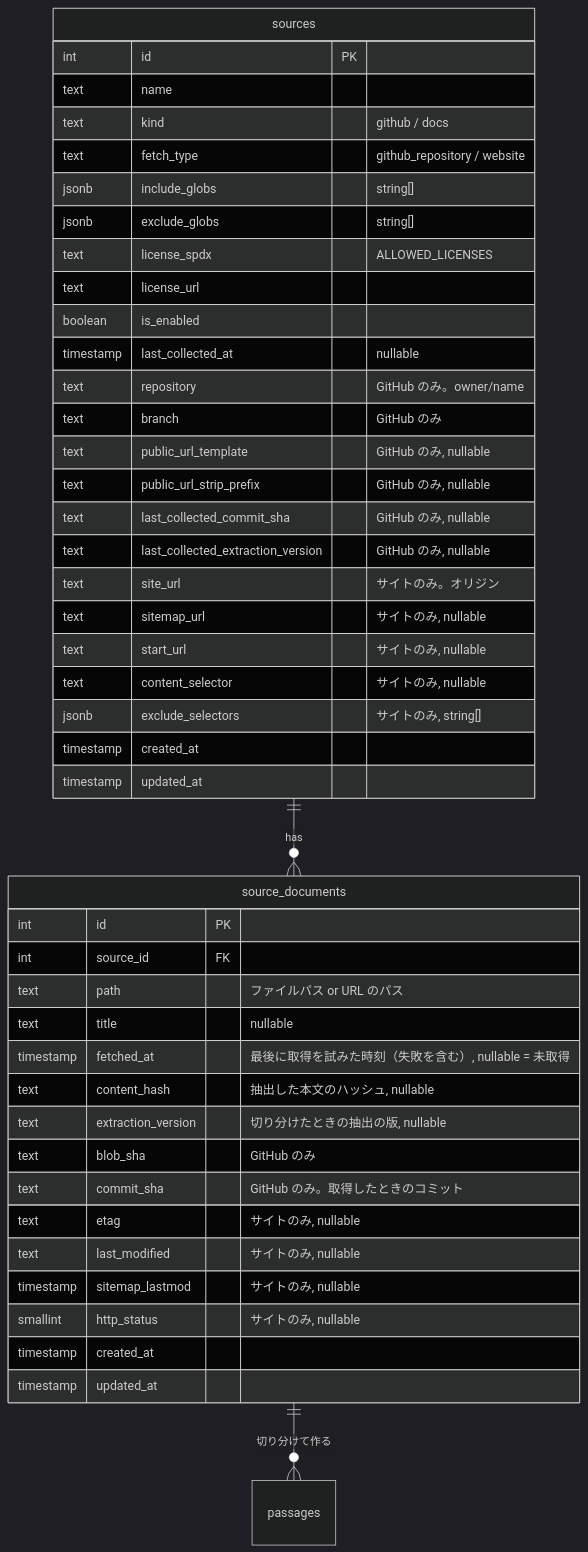
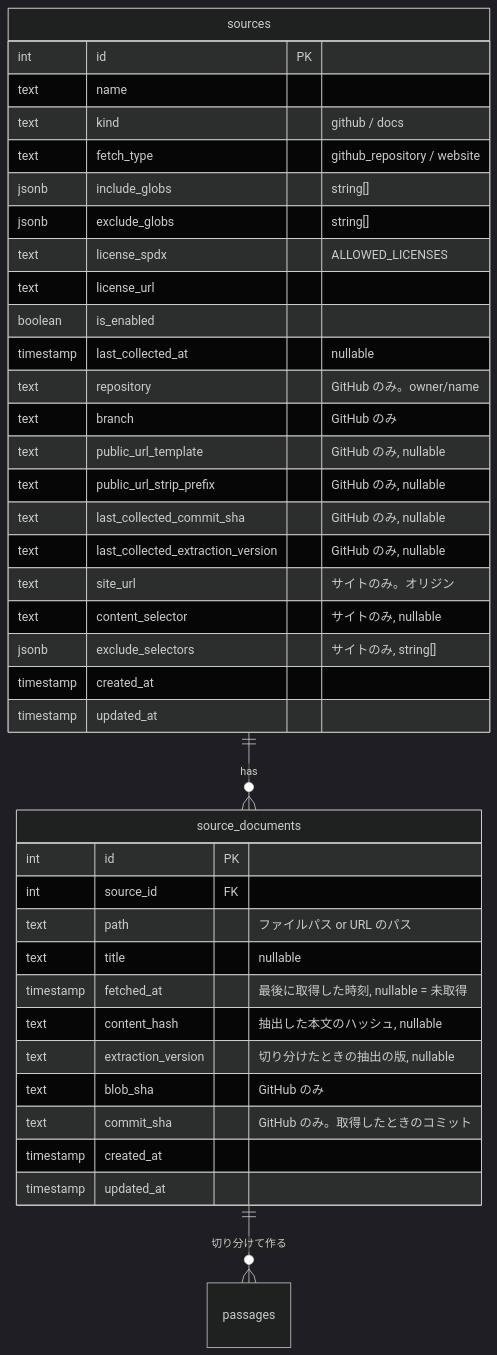
Before and after one commit to kentakki416/tech-english: the third of 4 diagrams in docs/spec/content-collection/README.md, drawn with Mermaid (dark theme). The commit also changed other lines of this file and 57 other files, not shown here.

````diff
--- a/docs/spec/content-collection/README.md
+++ b/docs/spec/content-collection/README.md
@@ -507,47 +505,41 @@
 ```mermaid
 erDiagram
     sources ||--o{ source_documents : has
     source_documents ||--o{ passages : "切り分けて作る"
     sources {
         int id PK
         text name
         text kind "github / docs"
         text fetch_type "github_repository / website"
         jsonb include_globs "string[]"
         jsonb exclude_globs "string[]"
         text license_spdx "ALLOWED_LICENSES"
         text license_url
         boolean is_enabled
         timestamp last_collected_at "nullable"
         text repository "GitHub のみ。owner/name"
         text branch "GitHub のみ"
         text public_url_template "GitHub のみ, nullable"
         text public_url_strip_prefix "GitHub のみ, nullable"
         text last_collected_commit_sha "GitHub のみ, nullable"
         text last_collected_extraction_version "GitHub のみ, nullable"
         text site_url "サイトのみ。オリジン"
-        text sitemap_url "サイトのみ, nullable"
-        text start_url "サイトのみ, nullable"
         text content_selector "サイトのみ, nullable"
         jsonb exclude_selectors "サイトのみ, string[]"
         timestamp created_at
         timestamp updated_at
     }
     source_documents {
         int id PK
         int source_id FK
         text path "ファイルパス or URL のパス"
         text title "nullable"
-        timestamp fetched_at "最後に取得を試みた時刻（失敗を含む）, nullable = 未取得"
+        timestamp fetched_at "最後に取得した時刻, nullable = 未取得"
         text content_hash "抽出した本文のハッシュ, nullable"
         text extraction_version "切り分けたときの抽出の版, nullable"
         text blob_sha "GitHub のみ"
         text commit_sha "GitHub のみ。取得したときのコミット"
-        text etag "サイトのみ, nullable"
-        text last_modified "サイトのみ, nullable"
-        timestamp sitemap_lastmod "サイトのみ, nullable"
-        smallint http_status "サイトのみ, nullable"
         timestamp created_at
         timestamp updated_at
     }
 ```
````
